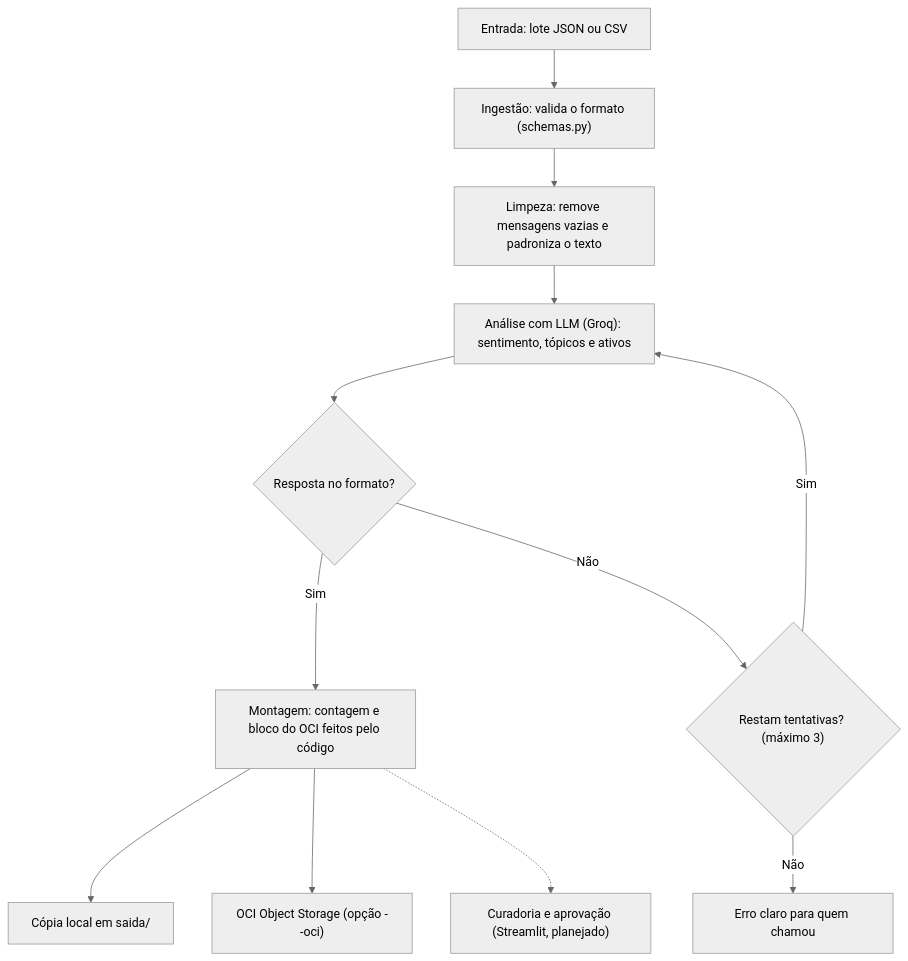
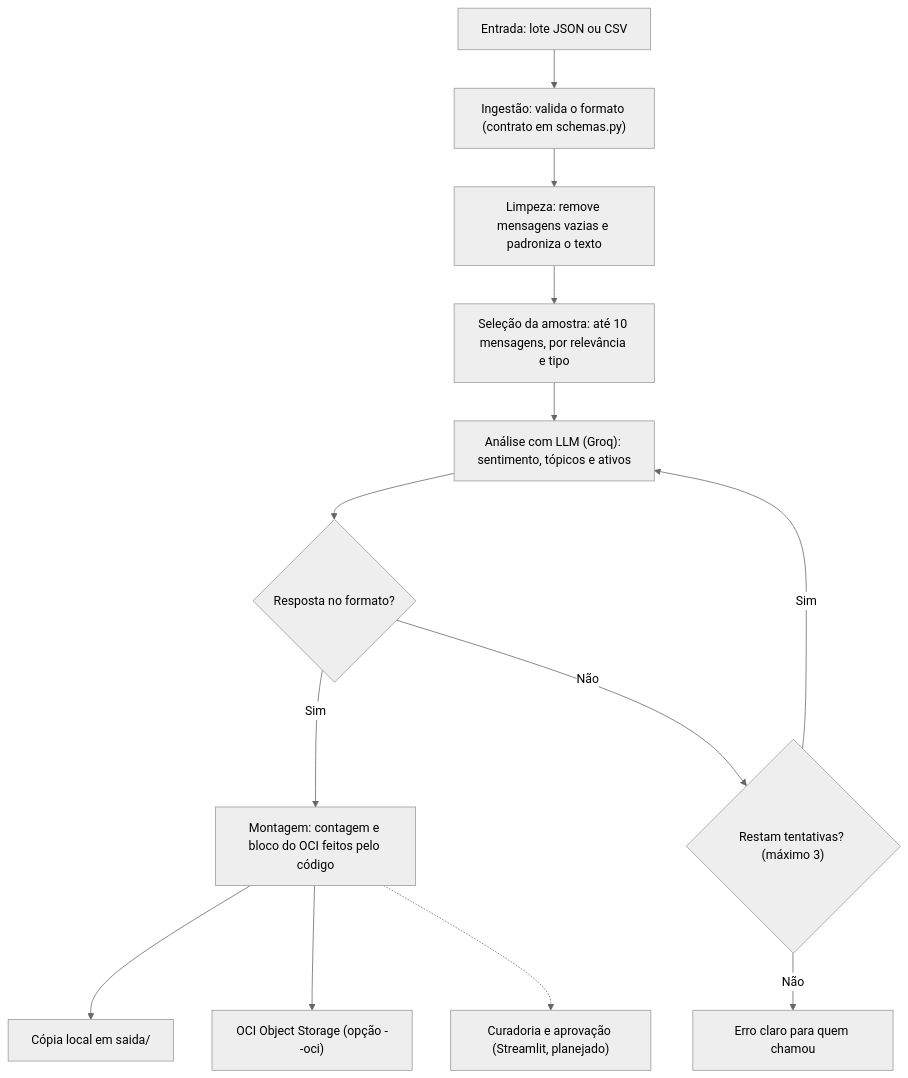
The diagram in README.md (No-Country-simulation/G10-Brasil-equipo12-CommunityLab), drawn with Mermaid (neutral theme) before and after one commit. The commit also changed other lines of this file and 1 other file, not shown here.

Commit message:
docs: inclui a amostra no diagrama, a decisão de orquestração e o caso de teste do few-shot

````diff
--- a/README.md
+++ b/README.md
@@ -59,14 +59,15 @@
 ```mermaid
 graph TD
-    A["Entrada: lote JSON ou CSV"] --> B["Ingestão: valida o formato (schemas.py)"]
+    A["Entrada: lote JSON ou CSV"] --> B["Ingestão: valida o formato (contrato em schemas.py)"]
     B --> C["Limpeza: remove mensagens vazias e padroniza o texto"]
-    C --> D["Análise com LLM (Groq): sentimento, tópicos e ativos"]
+    C --> S["Seleção da amostra: até 10 mensagens, por relevância e tipo"]
+    S --> D["Análise com LLM (Groq): sentimento, tópicos e ativos"]
     D --> E{"Resposta no formato?"}
     E -->|Sim| F["Montagem: contagem e bloco do OCI feitos pelo código"]
     E -->|Não| R{"Restam tentativas? (máximo 3)"}
     R -->|Sim| D
     R -->|Não| X["Erro claro para quem chamou"]
     F --> G["Cópia local em saida/"]
     F --> H["OCI Object Storage (opção --oci)"]
     F -.-> I["Curadoria e aprovação (Streamlit, planejado)"]
 ```
````
